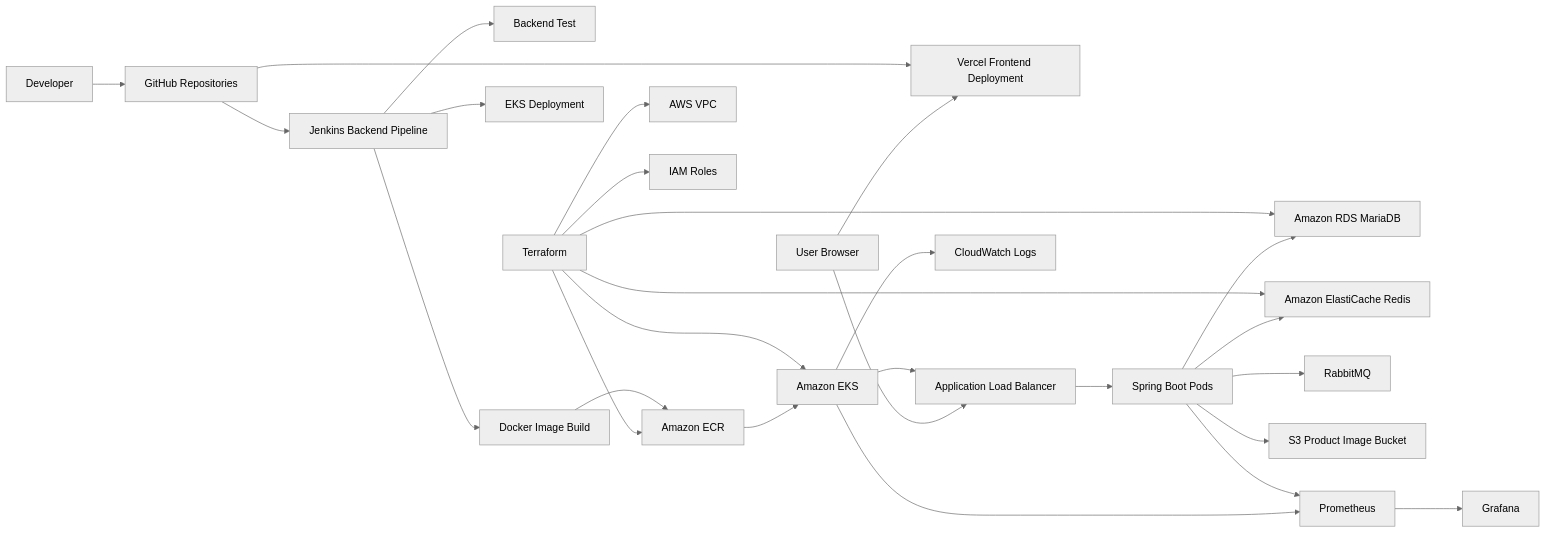
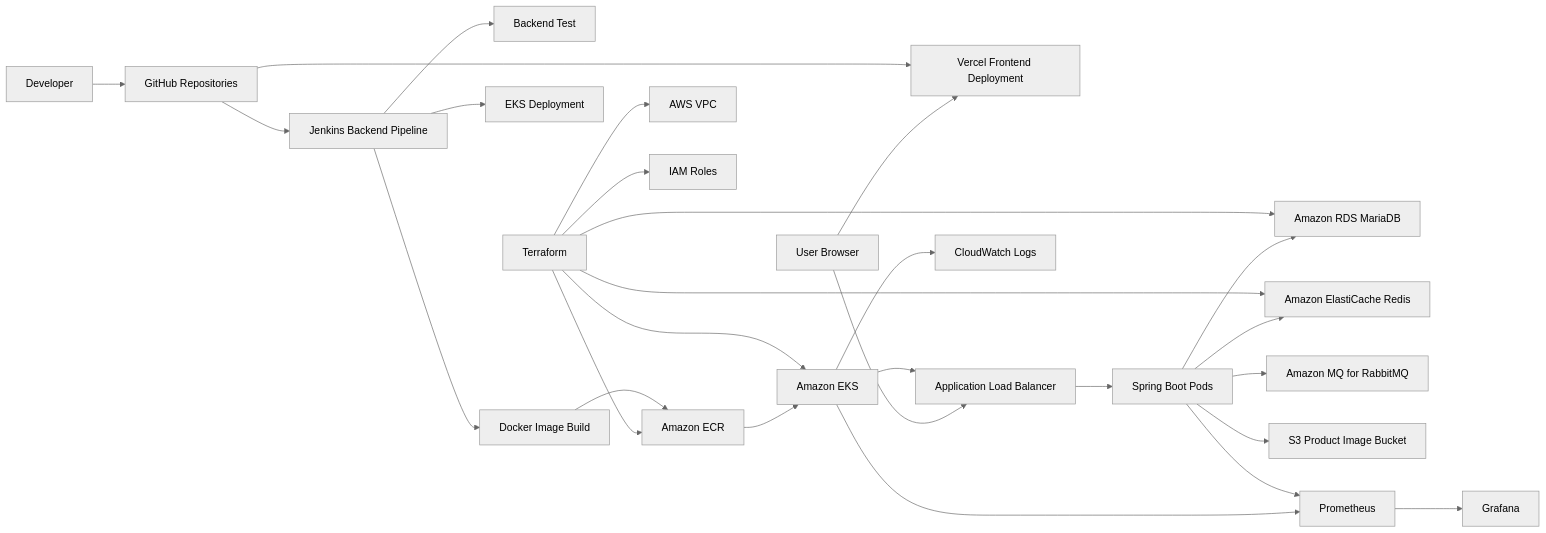
The diagram in docs/architecture.md (leem5514/OrderPage_Infra_DevOps), drawn with Mermaid (neutral theme) before and after one commit. The commit also changed other lines of this file and 17 other files, not shown here.

Commit message:
Amazon MQ RabbitMQ 관리형 구성 추가

````diff
--- a/docs/architecture.md
+++ b/docs/architecture.md
@@ -3,35 +3,35 @@
 ```mermaid
 flowchart LR
     Dev[Developer] --> GitHub[GitHub Repositories]
     GitHub --> Vercel[Vercel Frontend Deployment]
     GitHub --> Jenkins[Jenkins Backend Pipeline]
 
     Jenkins --> Test[Backend Test]
     Jenkins --> DockerBuild[Docker Image Build]
     DockerBuild --> ECR[Amazon ECR]
 
     Jenkins --> Deploy[EKS Deployment]
     Terraform[Terraform] --> VPC[AWS VPC]
     Terraform --> ECR
     Terraform --> EKS[Amazon EKS]
     Terraform --> RDS[Amazon RDS MariaDB]
     Terraform --> Redis[Amazon ElastiCache Redis]
     Terraform --> IAM[IAM Roles]
 
     ECR --> EKS
     EKS --> ALB[Application Load Balancer]
     ALB --> API[Spring Boot Pods]
 
     API --> RDS
     API --> Redis
-    API --> MQ[RabbitMQ]
+    API --> MQ[Amazon MQ for RabbitMQ]
     API --> S3[S3 Product Image Bucket]
 
     User[User Browser] --> Vercel
     User --> ALB
 
     API --> Prom[Prometheus]
     EKS --> Prom
     Prom --> Grafana[Grafana]
     EKS --> CloudWatch[CloudWatch Logs]
 ```
````
